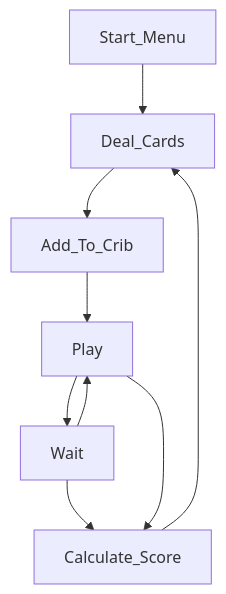
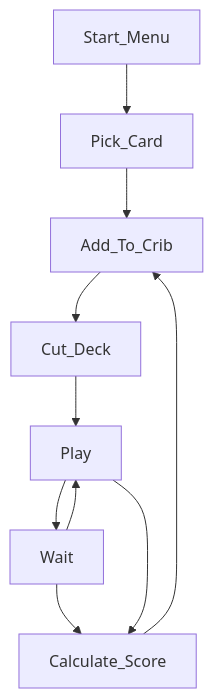
Before and after one commit to jordanvtskier1/cribbage: the diagram in docs/Flowchart.mmd, drawn with Mermaid.

```diff
--- a/docs/Flowchart.mmd
+++ b/docs/Flowchart.mmd
@@ -1,9 +1,10 @@
 graph TD;
-    Start_Menu-->Deal_Cards;
-    Deal_Cards-->Add_To_Crib;
-    Add_To_Crib-->Play;
+    Start_Menu-->Pick_Card;
+    Pick_Card-->Add_To_Crib;
+    Add_To_Crib-->Cut_Deck;
+    Cut_Deck-->Play
     Play-->Wait;
     Wait-->Play;
     Wait-->Calculate_Score;
     Play-->Calculate_Score;
-    Calculate_Score-->Deal_Cards;
+    Calculate_Score-->Add_To_Crib;
```
